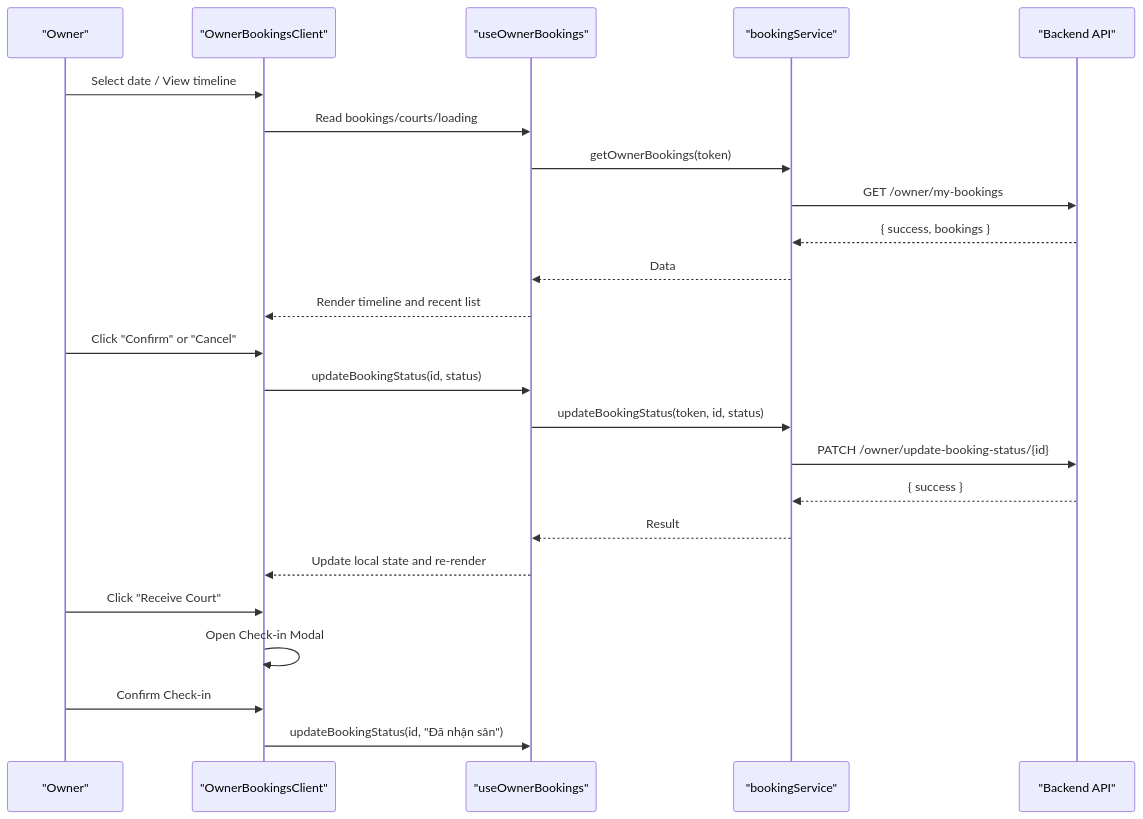
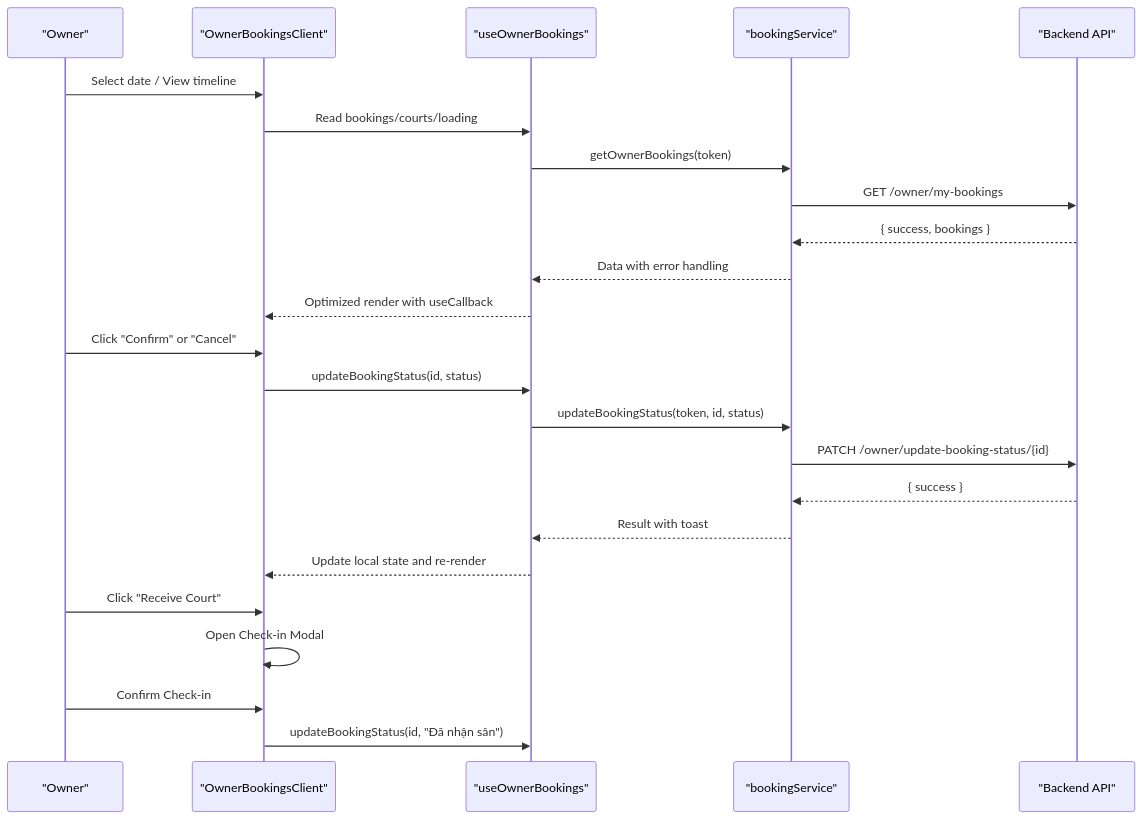
The fourth of 9 diagrams in .qoder/repowiki/en/content/Feature Components & UI/Owner Dashboard UI.md (nguyencongtrung2001/Do-An), drawn with Mermaid before and after one commit. The commit also changed other lines of this file and 12 other files, not shown here.

````diff
--- a/.qoder/repowiki/en/content/Feature Components & UI/Owner Dashboard UI.md
+++ b/.qoder/repowiki/en/content/Feature Components & UI/Owner Dashboard UI.md
@@ -215,26 +239,26 @@
 ```mermaid
 sequenceDiagram
 participant Owner as "Owner"
 participant Comp as "OwnerBookingsClient"
 participant Hook as "useOwnerBookings"
 participant Service as "bookingService"
 participant API as "Backend API"
 Owner->>Comp : Select date / View timeline
 Comp->>Hook : Read bookings/courts/loading
 Hook->>Service : getOwnerBookings(token)
 Service->>API : GET /owner/my-bookings
 API-->>Service : { success, bookings }
-Service-->>Hook : Data
-Hook-->>Comp : Render timeline and recent list
+Service-->>Hook : Data with error handling
+Hook-->>Comp : Optimized render with useCallback
 Owner->>Comp : Click "Confirm" or "Cancel"
 Comp->>Hook : updateBookingStatus(id, status)
 Hook->>Service : updateBookingStatus(token, id, status)
 Service->>API : PATCH /owner/update-booking-status/{id}
 API-->>Service : { success }
-Service-->>Hook : Result
+Service-->>Hook : Result with toast
 Hook-->>Comp : Update local state and re-render
 Owner->>Comp : Click "Receive Court"
 Comp->>Comp : Open Check-in Modal
 Owner->>Comp : Confirm Check-in
 Comp->>Hook : updateBookingStatus(id, "Đã nhận sân")
 ```
````
